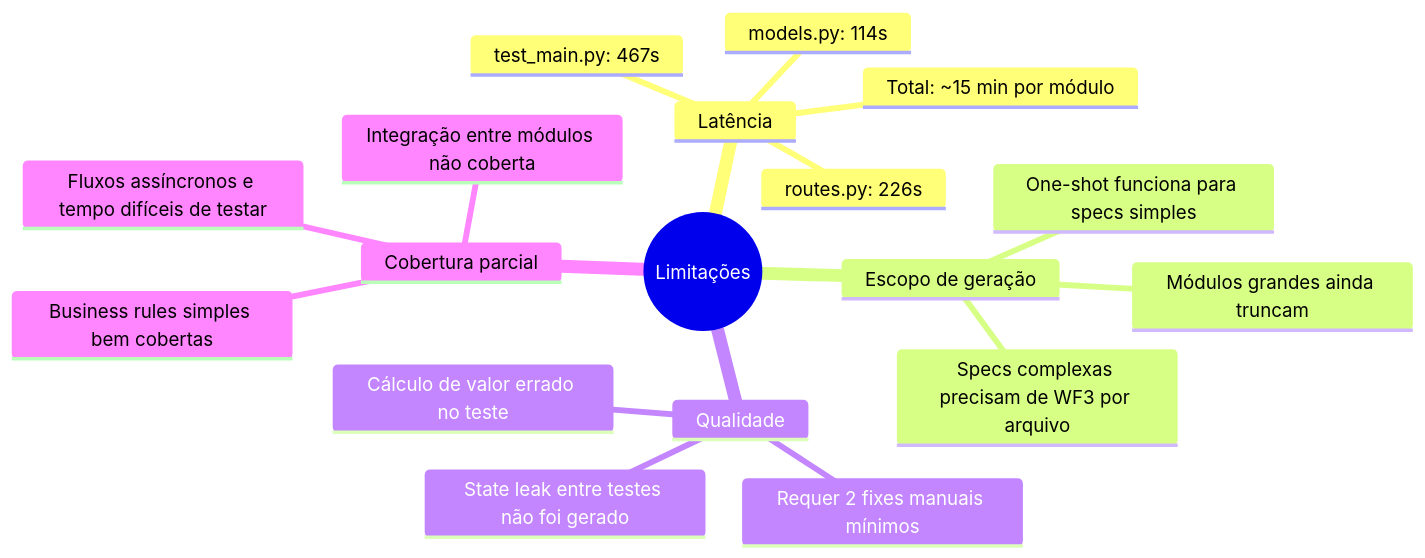
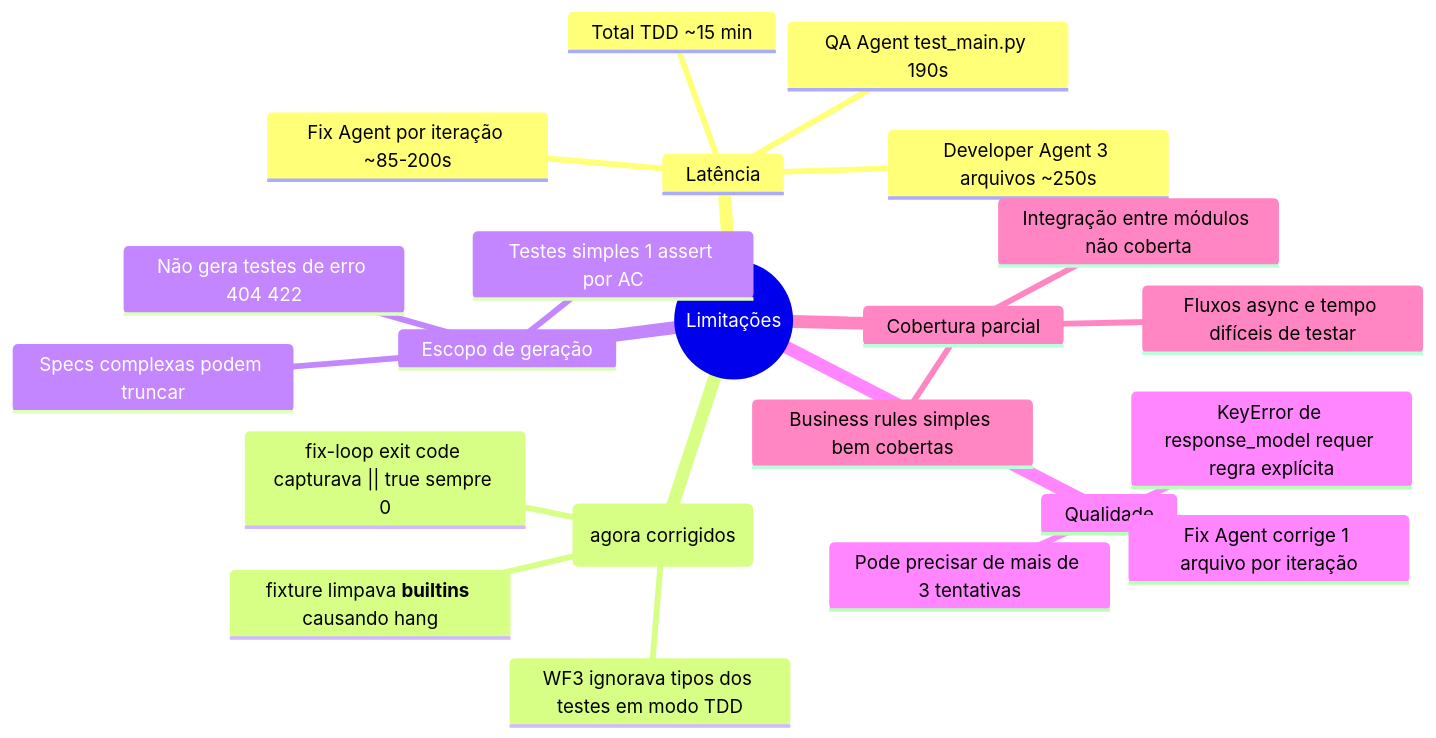
One commit to fabianobr/homelab-ai changed the fifth of 5 diagrams in docs/sdlc-agentico/fluxo-agentico-local.md. Above: the diagram before and after it, drawn with Mermaid. The commit also changed other lines of this file, not shown here.

First line of the commit message:
docs(sdlc-agentico): atualiza fluxo com WF4 auto-fix e WF5 TDD Invertido

````diff
--- a/docs/sdlc-agentico/fluxo-agentico-local.md
+++ b/docs/sdlc-agentico/fluxo-agentico-local.md
@@ -198,21 +211,25 @@
 ```mermaid
 mindmap
   root((Limitações))
     Latência
-      models.py: 114s
-      routes.py: 226s
-      test_main.py: 467s
-      Total: ~15 min por módulo
+      QA Agent test_main.py 190s
+      Developer Agent 3 arquivos ~250s
+      Fix Agent por iteração ~85-200s
+      Total TDD ~15 min
+    Bugs descobertos (agora corrigidos)
+      fixture limpava __builtins__ causando hang
+      fix-loop exit code capturava || true sempre 0
+      WF3 ignorava tipos dos testes em modo TDD
     Escopo de geração
-      One-shot funciona para specs simples
-      Specs complexas precisam de WF3 por arquivo
-      Módulos grandes ainda truncam
+      Testes simples 1 assert por AC
+      Não gera testes de erro 404 422
+      Specs complexas podem truncar
     Qualidade
-      Cálculo de valor errado no teste
-      State leak entre testes não foi gerado
-      Requer 2 fixes manuais mínimos
+      Fix Agent corrige 1 arquivo por iteração
+      Pode precisar de mais de 3 tentativas
+      KeyError de response_model requer regra explícita
     Cobertura parcial
       Business rules simples bem cobertas
-      Fluxos assíncronos e tempo difíceis de testar
+      Fluxos async e tempo difíceis de testar
       Integração entre módulos não coberta
 ```
````
